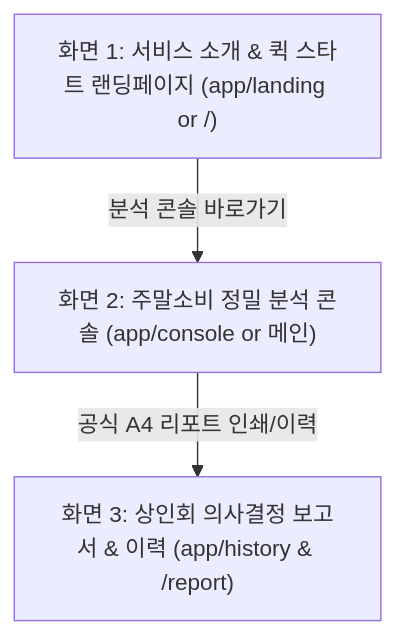
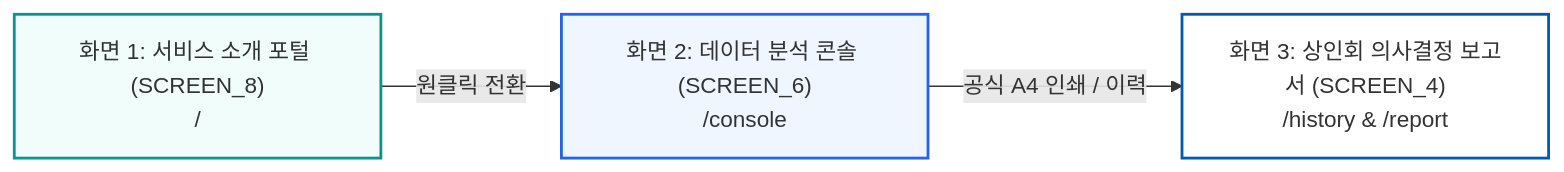
The diagram in docs/DESIGN_SYSTEM_PLAN.md (JangDanHan/jjjjpro), drawn with Mermaid before and after one commit. The commit also changed other lines of this file and 2 other files, not shown here.

Commit message:
feat(portal): align landing page to design.md v2.0 with JTP Public Portal tokens and seamless console CTA

````diff
--- a/docs/DESIGN_SYSTEM_PLAN.md
+++ b/docs/DESIGN_SYSTEM_PLAN.md
@@ -34,9 +43,9 @@
 ```mermaid
-flowchart TD
-    Screen1["화면 1: 서비스 소개 & 퀵 스타트 랜딩페이지 (app/landing or /)"]
-    Screen2["화면 2: 주말소비 정밀 분석 콘솔 (app/console or 메인)"]
-    Screen3["화면 3: 상인회 의사결정 보고서 & 이력 (app/history & /report)"]
+flowchart LR
+    A["화면 1: 서비스 소개 포털 (SCREEN_8)<br>/"] -->|원클릭 전환| B["화면 2: 데이터 분석 콘솔 (SCREEN_6)<br>/console"]
+    B -->|공식 A4 인쇄 / 이력| C["화면 3: 상인회 의사결정 보고서 (SCREEN_4)<br>/history & /report"]
     
-    Screen1 -->|분석 콘솔 바로가기| Screen2
-    Screen2 -->|공식 A4 리포트 인쇄/이력| Screen3
+    style A fill:#F0FDFA,stroke:#0D9488,stroke-width:2px
+    style B fill:#EFF6FF,stroke:#2563EB,stroke-width:2px
+    style C fill:#FFFFFF,stroke:#005BAC,stroke-width:2px
 ```
````
